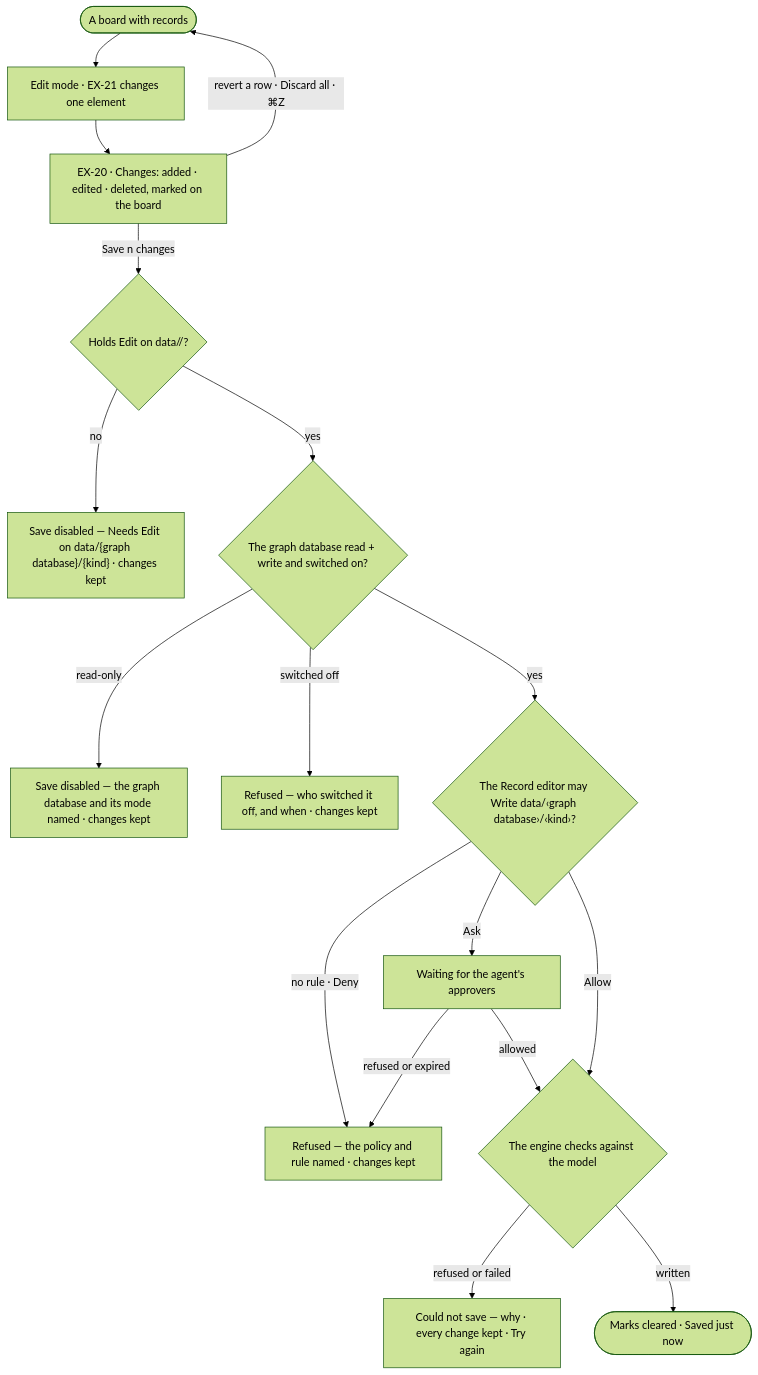
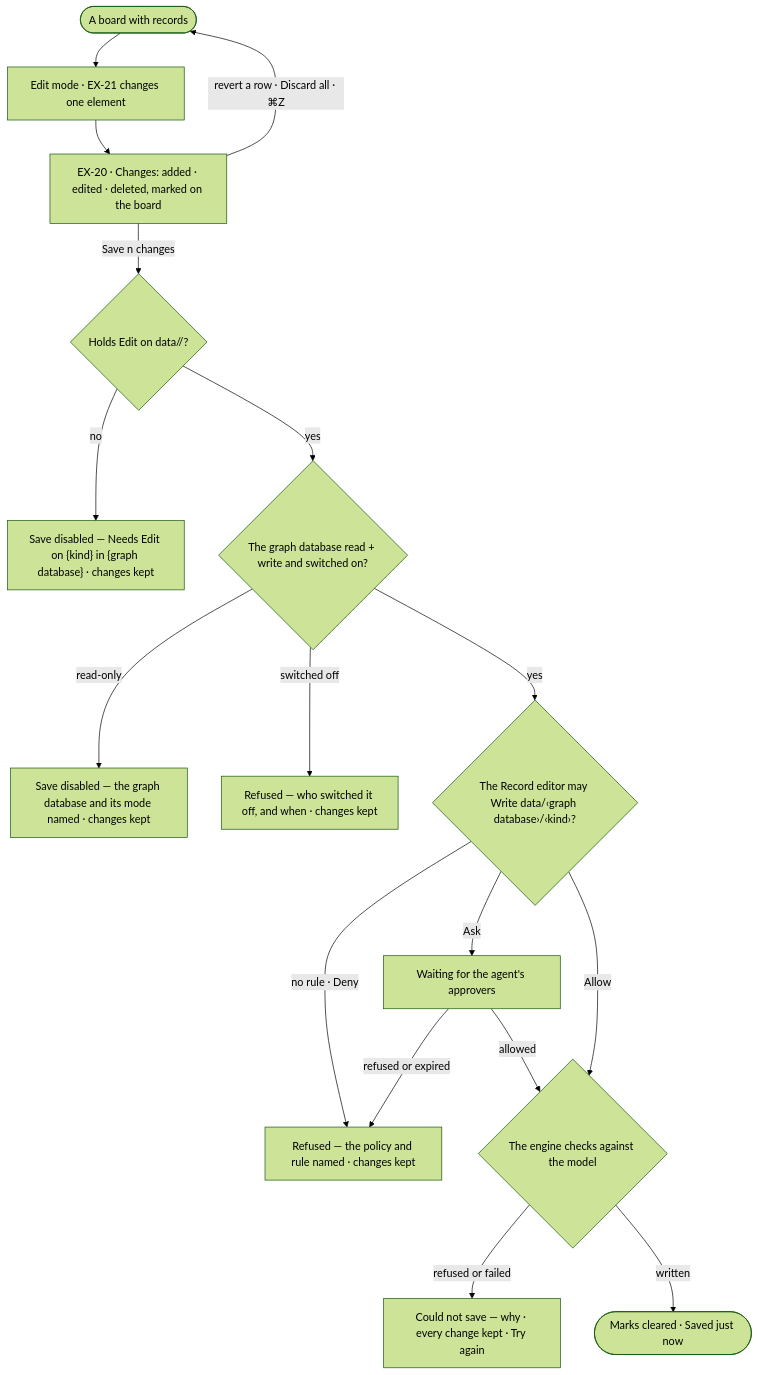
Before and after one commit to invana/invana: the first of 2 diagrams in specs/capabilities/explore/features/EX-F06-annotate-and-edit-the-data/feature.md, drawn with Mermaid (forest theme). The commit also changed other lines of this file and 127 other files, not shown here.

````diff
--- a/specs/capabilities/explore/features/EX-F06-annotate-and-edit-the-data/feature.md
+++ b/specs/capabilities/explore/features/EX-F06-annotate-and-edit-the-data/feature.md
@@ -24,19 +24,19 @@
 ```mermaid
 flowchart TD
   start([A board with records]) --> ed["Edit mode · EX-21 changes one element"]
   ed --> ch["EX-20 · Changes: added · edited · deleted, marked on the board"]
   ch -->|revert a row · Discard all · ⌘Z| start
   ch -->|Save n changes| gate{"Holds Edit on data/<graph database>/<kind>?"}
-  gate -->|no| sd["Save disabled — Needs Edit on data/{graph database}/{kind} · changes kept"]
+  gate -->|no| sd["Save disabled — Needs Edit on {kind} in {graph database} · changes kept"]
   gate -->|yes| mode{The graph database read + write and switched on?}
   mode -->|read-only| ro["Save disabled — the graph database and its mode named · changes kept"]
   mode -->|switched off| off["Refused — who switched it off, and when · changes kept"]
   mode -->|yes| pol{"The Record editor may Write data/‹graph database›/‹kind›?"}
   pol -->|no rule · Deny| pr["Refused — the policy and rule named · changes kept"]
   pol -->|Ask| ask["Waiting for the agent's approvers"]
   ask -->|refused or expired| pr
   ask -->|allowed| run
   pol -->|Allow| run{The engine checks against the model}
   run -->|refused or failed| sf["Could not save — why · every change kept · Try again"]
   run -->|written| saved(["Marks cleared · Saved just now"])
 ```
````
